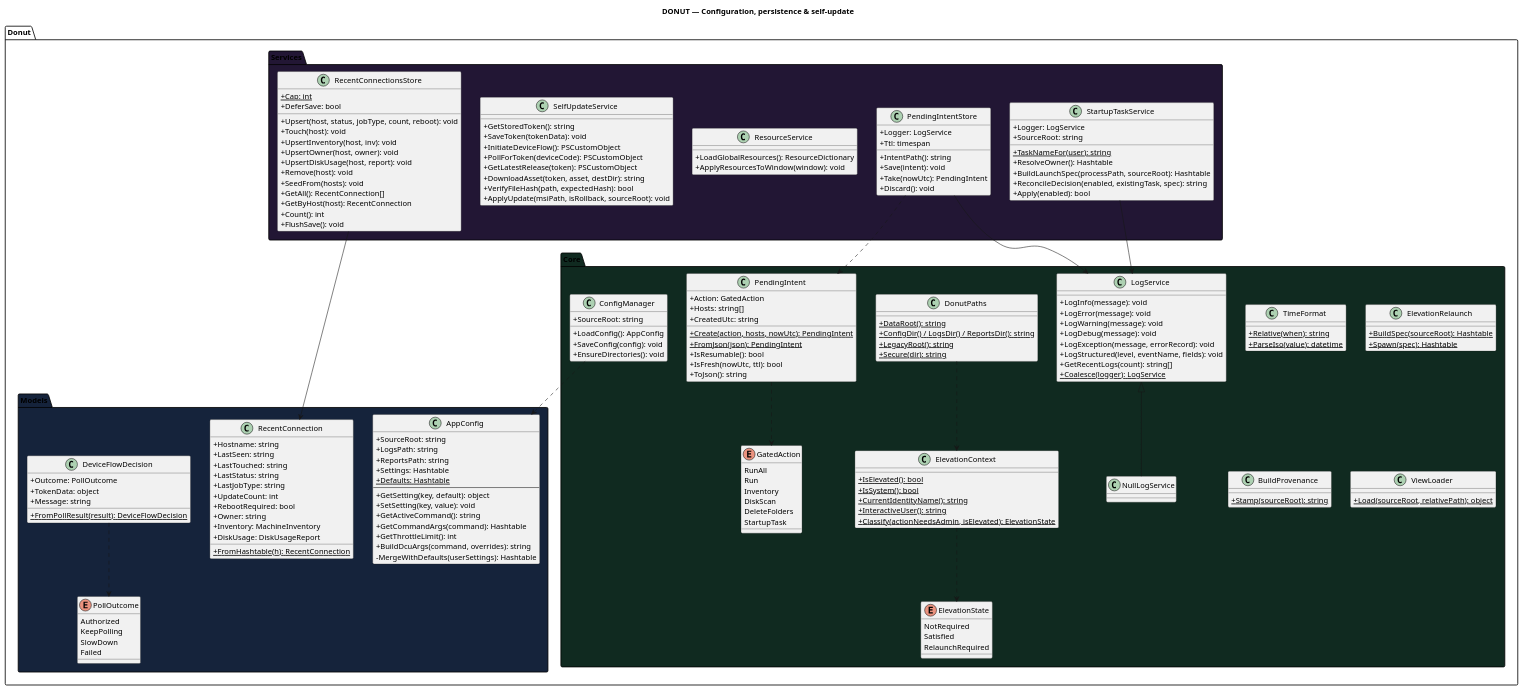
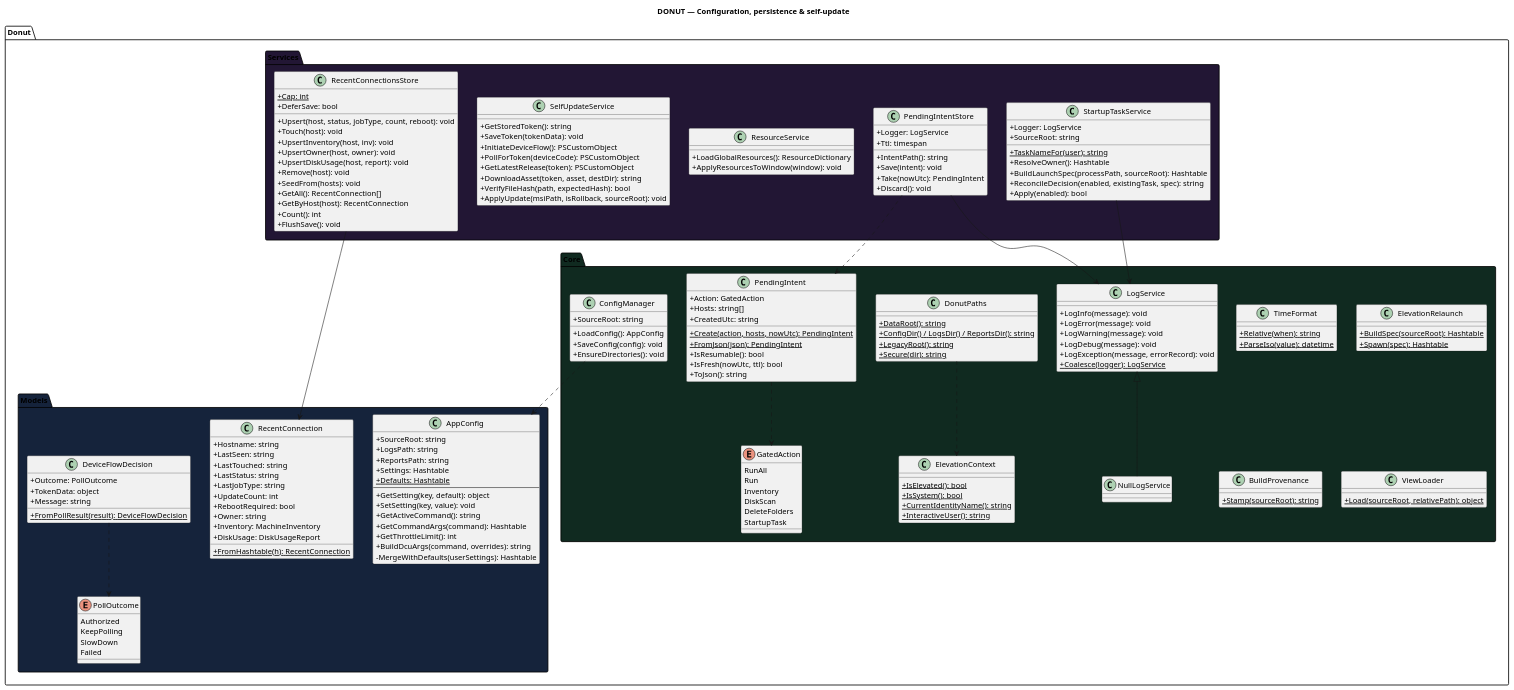
The diagram in docs/diagrams/class_config.puml (Danial-Changez/DONUT), drawn with PlantUML before and after one commit. The commit also changed 4 other files, not shown here.

First line of the commit message:
docs: diagrams drop the deleted classes

```diff
--- a/docs/diagrams/class_config.puml
+++ b/docs/diagrams/class_config.puml
@@ -1,197 +1,187 @@
 @startuml class_config
 title DONUT — Configuration, persistence & self-update
 skinparam classAttributeIconSize 0
 
 ' Subsystem cut of the retired all-in-one class diagram: config/persistence,
 ' logging/provenance, the recents store, startup-task plumbing, and self-update.
 ' Cross-subsystem wiring lives in component_diagram.
 package "Donut.Core" #102A20 {
     class ConfigManager {
         +SourceRoot: string
         +LoadConfig(): AppConfig
         +SaveConfig(config): void
         +EnsureDirectories(): void
     }
 
     class LogService {
         +LogInfo(message): void
         +LogError(message): void
         +LogWarning(message): void
         +LogDebug(message): void
         +LogException(message, errorRecord): void
-        +LogStructured(level, eventName, fields): void
-        +GetRecentLogs(count): string[]
         +{static} Coalesce(logger): LogService
     }
     class NullLogService extends LogService
 
     class TimeFormat {
         +{static} Relative(when): string
         +{static} ParseIso(value): datetime
-    }
-
-    enum ElevationState {
-        NotRequired
-        Satisfied
-        RelaunchRequired
     }
 
     class DonutPaths {
         +{static} DataRoot(): string
         +{static} ConfigDir() / LogsDir() / ReportsDir(): string
         +{static} LegacyRoot(): string
         +{static} Secure(dir): string
     }
 
     class ElevationContext {
         +{static} IsElevated(): bool
         +{static} IsSystem(): bool
         +{static} CurrentIdentityName(): string
         +{static} InteractiveUser(): string
-        +{static} Classify(actionNeedsAdmin, isElevated): ElevationState
     }
-    ElevationContext ..> ElevationState
     DonutPaths ..> ElevationContext
 
     class ElevationRelaunch {
         +{static} BuildSpec(sourceRoot): Hashtable
         +{static} Spawn(spec): Hashtable
     }
 
     enum GatedAction {
         RunAll
         Run
         Inventory
         DiskScan
         DeleteFolders
         StartupTask
     }
 
     class PendingIntent {
         +Action: GatedAction
         +Hosts: string[]
         +CreatedUtc: string
         +{static} Create(action, hosts, nowUtc): PendingIntent
         +{static} FromJson(json): PendingIntent
         +IsResumable(): bool
         +IsFresh(nowUtc, ttl): bool
         +ToJson(): string
     }
     PendingIntent ..> GatedAction
 
     class BuildProvenance {
         +{static} Stamp(sourceRoot): string
     }
 
     class ViewLoader {
         +{static} Load(sourceRoot, relativePath): object
     }
 }
 
 package "Donut.Services" #221634 {
     class RecentConnectionsStore {
         +{static} Cap: int
         +DeferSave: bool
         +Upsert(host, status, jobType, count, reboot): void
         +Touch(host): void
         +UpsertInventory(host, inv): void
         +UpsertOwner(host, owner): void
         +UpsertDiskUsage(host, report): void
         +Remove(host): void
         +SeedFrom(hosts): void
         +GetAll(): RecentConnection[]
         +GetByHost(host): RecentConnection
         +Count(): int
         +FlushSave(): void
     }
 
     class PendingIntentStore {
         +Logger: LogService
         +Ttl: timespan
         +IntentPath(): string
         +Save(intent): void
         +Take(nowUtc): PendingIntent
         +Discard(): void
     }
 
     class ResourceService {
         +LoadGlobalResources(): ResourceDictionary
         +ApplyResourcesToWindow(window): void
     }
 
     class SelfUpdateService {
         +GetStoredToken(): string
         +SaveToken(tokenData): void
         +InitiateDeviceFlow(): PSCustomObject
         +PollForToken(deviceCode): PSCustomObject
         +GetLatestRelease(token): PSCustomObject
         +DownloadAsset(token, asset, destDir): string
         +VerifyFileHash(path, expectedHash): bool
         +ApplyUpdate(msiPath, isRollback, sourceRoot): void
     }
 
     class StartupTaskService {
         +Logger: LogService
         +SourceRoot: string
         +{static} TaskNameFor(user): string
         +ResolveOwner(): Hashtable
         +BuildLaunchSpec(processPath, sourceRoot): Hashtable
         +ReconcileDecision(enabled, existingTask, spec): string
         +Apply(enabled): bool
     }
 }
 
 package "Donut.Models" #15233B {
     class AppConfig {
         +SourceRoot: string
         +LogsPath: string
         +ReportsPath: string
         +Settings: Hashtable
         +{static} Defaults: Hashtable
         --
         +GetSetting(key, default): object
         +SetSetting(key, value): void
         +GetActiveCommand(): string
         +GetCommandArgs(command): Hashtable
         +GetThrottleLimit(): int
         +BuildDcuArgs(command, overrides): string
         -MergeWithDefaults(userSettings): Hashtable
     }
 
     class RecentConnection {
         +Hostname: string
         +LastSeen: string
         +LastTouched: string
         +LastStatus: string
         +LastJobType: string
         +UpdateCount: int
         +RebootRequired: bool
         +Owner: string
         +Inventory: MachineInventory
         +DiskUsage: DiskUsageReport
         +{static} FromHashtable(h): RecentConnection
     }
 
     enum PollOutcome {
         Authorized
         KeepPolling
         SlowDown
         Failed
     }
 
     class DeviceFlowDecision {
         +Outcome: PollOutcome
         +TokenData: object
         +Message: string
         +{static} FromPollResult(result): DeviceFlowDecision
     }
 }
 
 ConfigManager ..> AppConfig
 RecentConnectionsStore --> RecentConnection
 DeviceFlowDecision ..> PollOutcome
 StartupTaskService --> LogService
 PendingIntentStore --> LogService
 PendingIntentStore ..> PendingIntent
 
 @enduml
```
